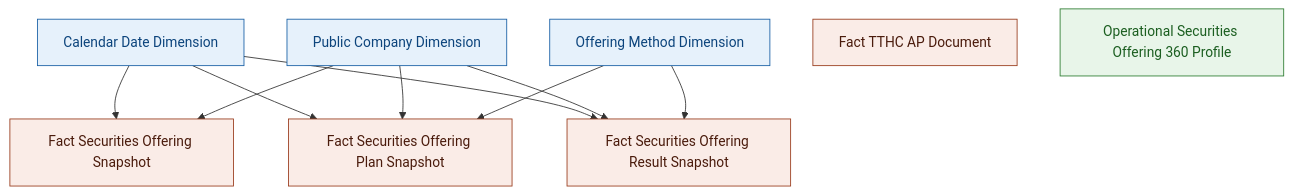
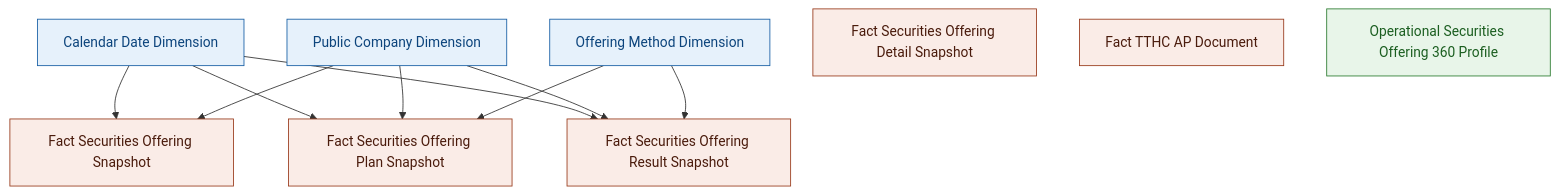
Before and after one commit to linhlvit/ubck_atomic_design: diagram 23 of 23 in Datamart/hld/DTM_QLCB_HLD.md, drawn with Mermaid. The commit also changed other lines of this file and 15 other files, not shown here.

Commit message:
feat(qlcb): dong bo thiet ke QLCB theo code dbt dev dot 1 (O_QLCB_28) — them fct_securities_offering_detail_snpst cho Nhom 4, cap nhat 3 Fact Offering/Plan/Result, offering_method_dim va dong bo HLD, LLD, flat table, model, kpi_index

````diff
--- a/Datamart/hld/DTM_QLCB_HLD.md
+++ b/Datamart/hld/DTM_QLCB_HLD.md
@@ -1146,29 +1211,30 @@
 ```mermaid
 graph TB
     classDef dim fill:#E6F1FB,stroke:#185FA5,color:#0C447C
     classDef fact fill:#FAECE7,stroke:#993C1D,color:#4A1B0C
     classDef oper fill:#E8F5E9,stroke:#2E7D32,color:#1B5E20
 
     DIM_DATE["Calendar Date Dimension"]:::dim
     DIM_COMPANY["Public Company Dimension"]:::dim
     DIM_OFFRMETHOD["Offering Method Dimension"]:::dim
 
     FACT_OFF["Fact Securities Offering Snapshot"]:::fact
     FACT_PLAN["Fact Securities Offering Plan Snapshot"]:::fact
     FACT_RESULT["Fact Securities Offering Result Snapshot"]:::fact
+    FACT_DETAIL["Fact Securities Offering Detail Snapshot"]:::fact
     FACT_APP["Fact TTHC AP Document"]:::fact
 
     OPR_OFF["Operational Securities Offering 360 Profile"]:::oper
 
     DIM_DATE --> FACT_OFF
     DIM_COMPANY --> FACT_OFF
 
     DIM_DATE --> FACT_PLAN
     DIM_COMPANY --> FACT_PLAN
     DIM_OFFRMETHOD --> FACT_PLAN
 
     DIM_DATE --> FACT_RESULT
     DIM_COMPANY --> FACT_RESULT
     DIM_OFFRMETHOD --> FACT_RESULT
 
 ```
````
